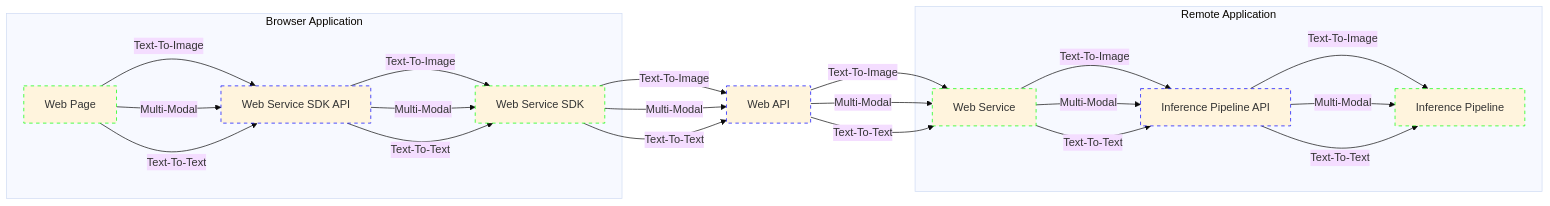
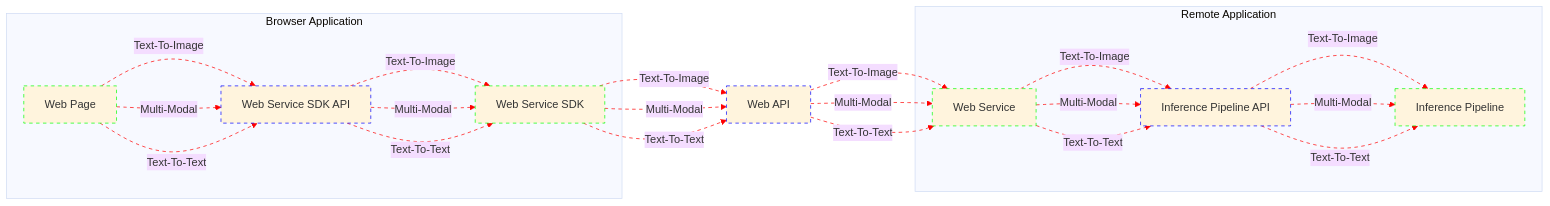
Before and after one commit to bjacobgordon/shark-ui: the diagram in docs/webAPI/architecture.mmd, drawn with Mermaid (base theme).

Commit message:
step: differentiates inference modalities

```diff
--- a/docs/webAPI/architecture.mmd
+++ b/docs/webAPI/architecture.mmd
@@ -1,52 +1,95 @@
 flowchart LR
   classDef Contract          stroke: #00F, stroke-dasharray: 5
   classDef ApplicationModule stroke: #0F0, stroke-dasharray: 5
+  classDef InferenceModality stroke: #F00, stroke-dasharray: 5
 
   subgraph BrowserApplication[Browser Application]
     BrowserApplication_WebPage[Web Page]
     class BrowserApplication_WebPage ApplicationModule
 
+
     BrowserApplication_WebPage BrowserApplication_WebPage__TextToImage__BrowserApplication_WebServiceSDK_API@--Text-To-Image--> BrowserApplication_WebServiceSDK_API
+    class BrowserApplication_WebPage__TextToImage__BrowserApplication_WebServiceSDK_API InferenceModality
+
     BrowserApplication_WebPage BrowserApplication_WebPage__MultiModal__BrowserApplication_WebServiceSDK_API@--Multi-Modal--> BrowserApplication_WebServiceSDK_API
+    class BrowserApplication_WebPage__MultiModal__BrowserApplication_WebServiceSDK_API InferenceModality
+
     BrowserApplication_WebPage BrowserApplication_WebPage__TextToText__BrowserApplication_WebServiceSDK_API@--Text-To-Text--> BrowserApplication_WebServiceSDK_API
+    class BrowserApplication_WebPage__TextToText__BrowserApplication_WebServiceSDK_API InferenceModality
+
 
     BrowserApplication_WebServiceSDK_API[Web Service SDK API]
     class BrowserApplication_WebServiceSDK_API Contract
 
+
     BrowserApplication_WebServiceSDK_API BrowserApplication_WebServiceSDK_API__TextToImage__BrowserApplication_WebServiceSDK@--Text-To-Image--> BrowserApplication_WebServiceSDK
+    class BrowserApplication_WebServiceSDK_API__TextToImage__BrowserApplication_WebServiceSDK InferenceModality
+
     BrowserApplication_WebServiceSDK_API BrowserApplication_WebServiceSDK_API__MultiModal__BrowserApplication_WebServiceSDK@--Multi-Modal--> BrowserApplication_WebServiceSDK
+    class BrowserApplication_WebServiceSDK_API__MultiModal__BrowserApplication_WebServiceSDK InferenceModality
+
     BrowserApplication_WebServiceSDK_API BrowserApplication_WebServiceSDK_API__TextToText__BrowserApplication_WebServiceSDK@--Text-To-Text--> BrowserApplication_WebServiceSDK
+    class BrowserApplication_WebServiceSDK_API__TextToText__BrowserApplication_WebServiceSDK InferenceModality
+
 
     BrowserApplication_WebServiceSDK[Web Service SDK]
     class BrowserApplication_WebServiceSDK ApplicationModule
   end
 
+
   BrowserApplication_WebServiceSDK BrowserApplication_WebServiceSDK__TextToImage__WebAPI@--Text-To-Image--> WebAPI
+  class BrowserApplication_WebServiceSDK__TextToImage__WebAPI InferenceModality
+
   BrowserApplication_WebServiceSDK BrowserApplication_WebServiceSDK__MultiModal__WebAPI@--Multi-Modal--> WebAPI
+  class BrowserApplication_WebServiceSDK__MultiModal__WebAPI InferenceModality
+
   BrowserApplication_WebServiceSDK BrowserApplication_WebServiceSDK__TextToText__WebAPI@--Text-To-Text--> WebAPI
+  class BrowserApplication_WebServiceSDK__TextToText__WebAPI InferenceModality
+
 
   WebAPI[Web API]
   class WebAPI Contract
 
+
   WebAPI WebAPI__TextToImage__RemoteApplication_WebService@--Text-To-Image--> RemoteApplication_WebService
+  class WebAPI__TextToImage__RemoteApplication_WebService InferenceModality
+
   WebAPI WebAPI__MultiModal__RemoteApplication_WebService@--Multi-Modal--> RemoteApplication_WebService
+  class WebAPI__MultiModal__RemoteApplication_WebService InferenceModality
+
   WebAPI WebAPI__TextToText__RemoteApplication_WebService@--Text-To-Text--> RemoteApplication_WebService
+  class WebAPI__TextToText__RemoteApplication_WebService InferenceModality
+
 
   subgraph RemoteApplication[Remote Application]
     RemoteApplication_WebService[Web Service]
     class RemoteApplication_WebService ApplicationModule
 
+
     RemoteApplication_WebService RemoteApplication_WebService__TextToImage__RemoteApplication_InferencePipeline_API@--Text-To-Image--> RemoteApplication_InferencePipeline_API
+    class RemoteApplication_WebService__TextToImage__RemoteApplication_InferencePipeline_API InferenceModality
+
     RemoteApplication_WebService RemoteApplication_WebService__MultiModal__RemoteApplication_InferencePipeline_API@--Multi-Modal--> RemoteApplication_InferencePipeline_API
+    class RemoteApplication_WebService__MultiModal__RemoteApplication_InferencePipeline_API InferenceModality
+
     RemoteApplication_WebService RemoteApplication_WebService__TextToText__RemoteApplication_InferencePipeline_API@--Text-To-Text--> RemoteApplication_InferencePipeline_API
+    class RemoteApplication_WebService__TextToText__RemoteApplication_InferencePipeline_API InferenceModality
+
 
     RemoteApplication_InferencePipeline_API[Inference Pipeline API]
     class RemoteApplication_InferencePipeline_API Contract
 
+
     RemoteApplication_InferencePipeline_API RemoteApplication_InferencePipeline_API__TextToImage__RemoteApplication_InferencePipeline@--Text-To-Image--> RemoteApplication_InferencePipeline
+    class RemoteApplication_InferencePipeline_API__TextToImage__RemoteApplication_InferencePipeline InferenceModality
+
     RemoteApplication_InferencePipeline_API RemoteApplication_InferencePipeline_API__MultiModal__RemoteApplication_InferencePipeline@--Multi-Modal--> RemoteApplication_InferencePipeline
+    class RemoteApplication_InferencePipeline_API__MultiModal__RemoteApplication_InferencePipeline InferenceModality
+
     RemoteApplication_InferencePipeline_API RemoteApplication_InferencePipeline_API__TextToText__RemoteApplication_InferencePipeline@--Text-To-Text--> RemoteApplication_InferencePipeline
+    class RemoteApplication_InferencePipeline_API__TextToText__RemoteApplication_InferencePipeline InferenceModality
+
 
     RemoteApplication_InferencePipeline[Inference Pipeline]
     class RemoteApplication_InferencePipeline ApplicationModule
   end
```
